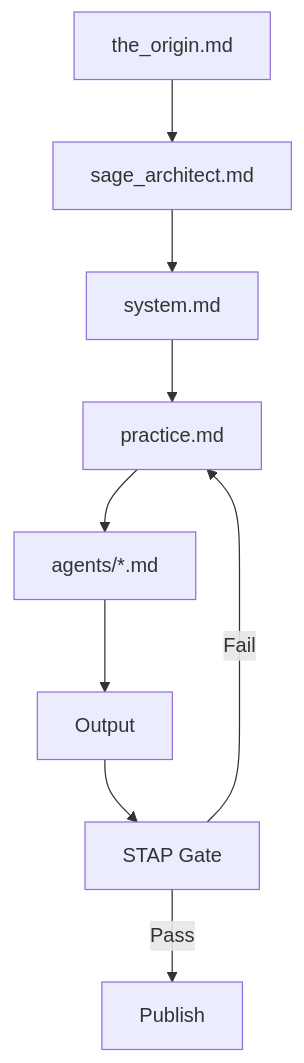
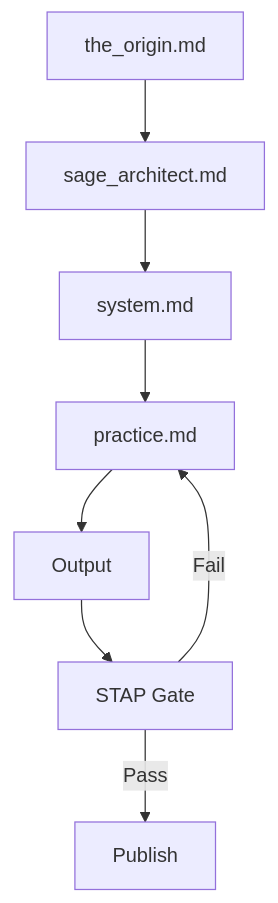
The diagram in directives/system.md (97layer/layeros), drawn with Mermaid before and after one commit. The commit also changed other lines of this file and 20 other files, not shown here.

````diff
--- a/directives/system.md
+++ b/directives/system.md
@@ -242,11 +241,10 @@
 ```mermaid
 graph TD
     A[the_origin.md] --> B[sage_architect.md]
     B --> C[system.md]
     C --> D[practice.md]
-    D --> E[agents/*.md]
-    E --> F[Output]
+    D --> F[Output]
     F --> G[STAP Gate]
     G -->|Pass| H[Publish]
     G -->|Fail| D
 ```
````
